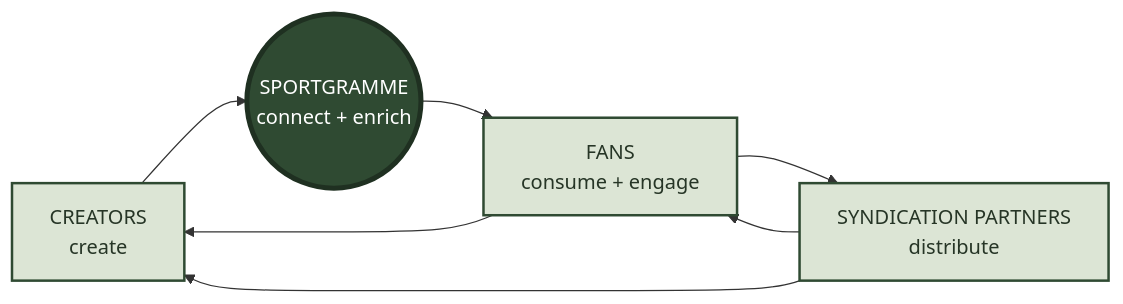
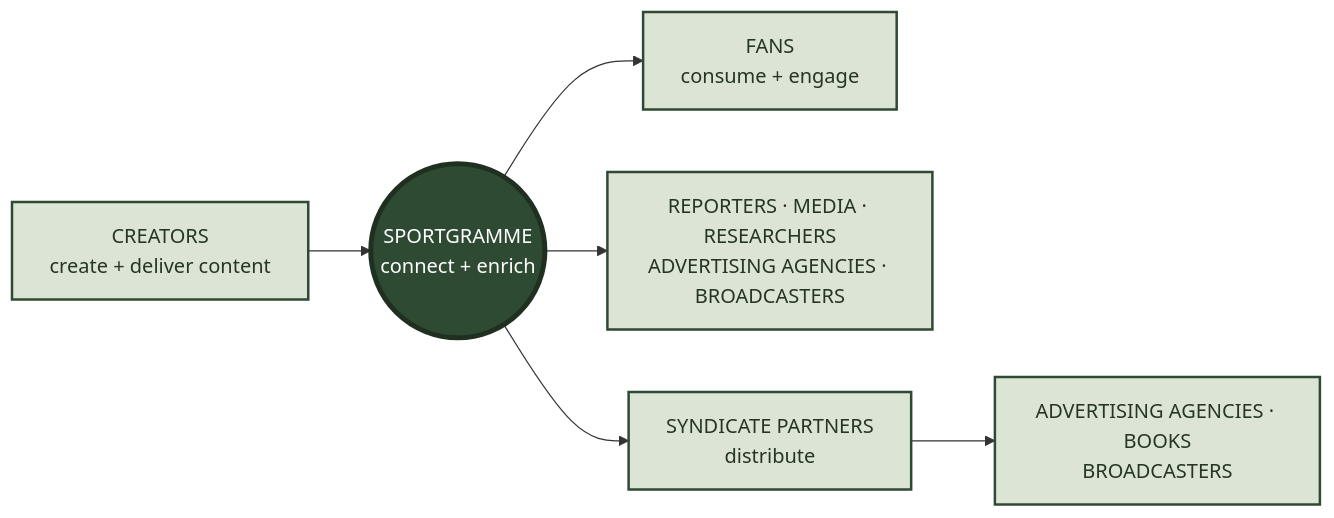
Before and after one commit to sportgramme/.github: the diagram in profile/README.md, drawn with Mermaid.

Commit message:
Amend flow diagram: creators->Sportgramme; add media/agencies/researchers and syndicate onward distribution

````diff
--- a/profile/README.md
+++ b/profile/README.md
@@ -11,12 +11,11 @@
 ```mermaid
 flowchart LR
-    A["CREATORS<br/>create"] --> B(("SPORTGRAMME<br/>connect + enrich"))
+    A["CREATORS<br/>create + deliver content"] --> B(("SPORTGRAMME<br/>connect + enrich"))
     B --> C["FANS<br/>consume + engage"]
-    C --> D["SYNDICATION PARTNERS<br/>distribute"]
-    D --> C
-    D --> A
-    C --> A
+    B --> E["REPORTERS · MEDIA · RESEARCHERS<br/>ADVERTISING AGENCIES · BROADCASTERS"]
+    B --> D["SYNDICATE PARTNERS<br/>distribute"]
+    D --> F["ADVERTISING AGENCIES · BOOKS<br/>BROADCASTERS"]
     classDef n fill:#DCE5D5,stroke:#2F4A32,color:#263526,stroke-width:2px;
     classDef c fill:#2F4A32,stroke:#1F3021,color:#FFFFFF,stroke-width:4px;
-    class A,C,D n; class B c;
+    class A,C,D,E,F n; class B c;
 ```
````
